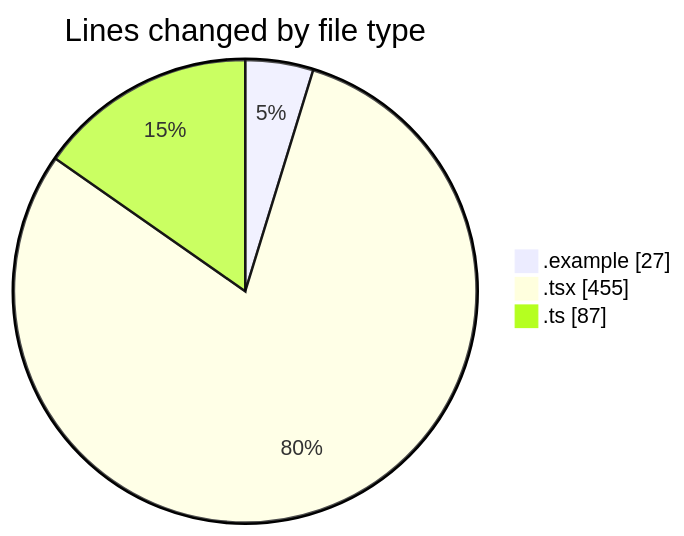
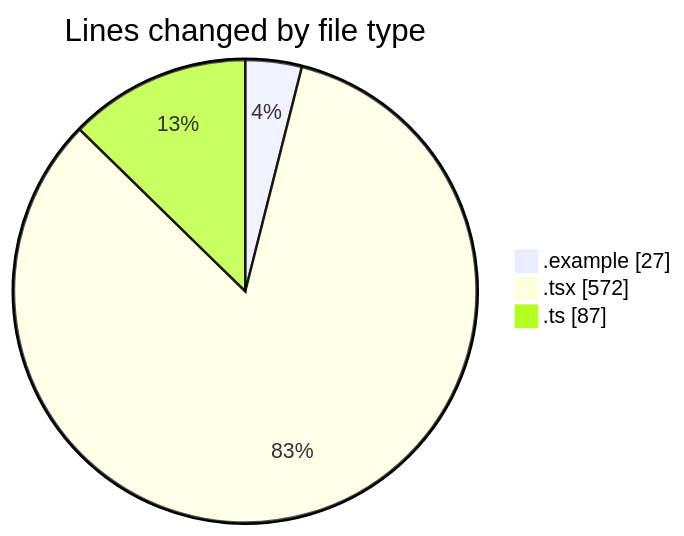
Before and after one commit to julien-gomy/code-tracking: the first of 2 diagrams in 2025-11-16/eventscop-frontend-guide__workspace_/README.md, drawn with Mermaid. The commit also changed other lines of this file and 1 other file, not shown here.

````diff
--- a/2025-11-16/eventscop-frontend-guide__workspace_/README.md
+++ b/2025-11-16/eventscop-frontend-guide__workspace_/README.md
@@ -24,7 +25,7 @@
 ```mermaid
 pie showData
 title Lines changed by file type
 ".example" : 27
-".tsx" : 455
+".tsx" : 572
 ".ts" : 87
 ```
````
